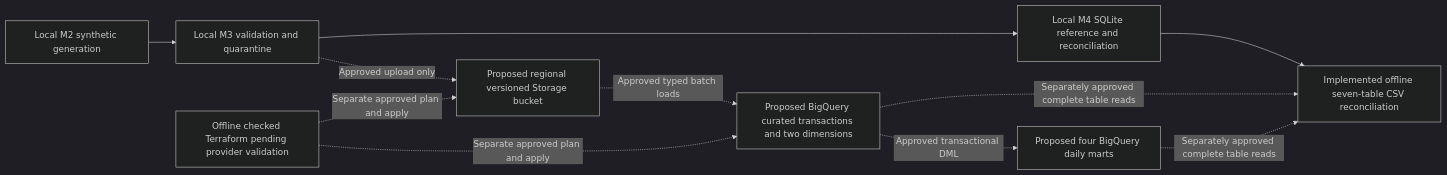
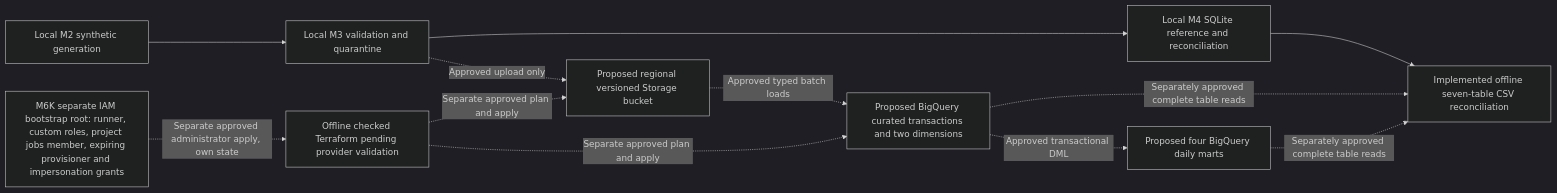
One commit to Ibraheemolasupogit/enterprise-gcp-banking-fintech-ai-platform changed the diagram in diagrams/m5_deployment_readiness.mmd. Above: the diagram before and after it, drawn with Mermaid (dark theme). The commit also changed 21 other files, not shown here.

Commit message:
infra: separate GCP IAM bootstrap from pilot provisioning

```diff
--- a/diagrams/m5_deployment_readiness.mmd
+++ b/diagrams/m5_deployment_readiness.mmd
@@ -1,11 +1,12 @@
 flowchart LR
     M2[Local M2 synthetic generation] --> M3[Local M3 validation and quarantine]
     M3 --> M4[Local M4 SQLite reference and reconciliation]
     M3 -. Approved upload only .-> GCS[Proposed regional versioned Storage bucket]
     GCS -. Approved typed batch loads .-> BQ[Proposed BigQuery curated transactions and two dimensions]
     BQ -. Approved transactional DML .-> Marts[Proposed four BigQuery daily marts]
     M4 --> Compare[Implemented offline seven-table CSV reconciliation]
     BQ -. Separately approved complete table reads .-> Compare
     Marts -. Separately approved complete table reads .-> Compare
     TF[Offline checked Terraform pending provider validation] -. Separate approved plan and apply .-> GCS
     TF -. Separate approved plan and apply .-> BQ
+    Boot[M6K separate IAM bootstrap root: runner, custom roles, project jobs member, expiring provisioner and impersonation grants] -. Separate approved administrator apply, own state .-> TF
```
